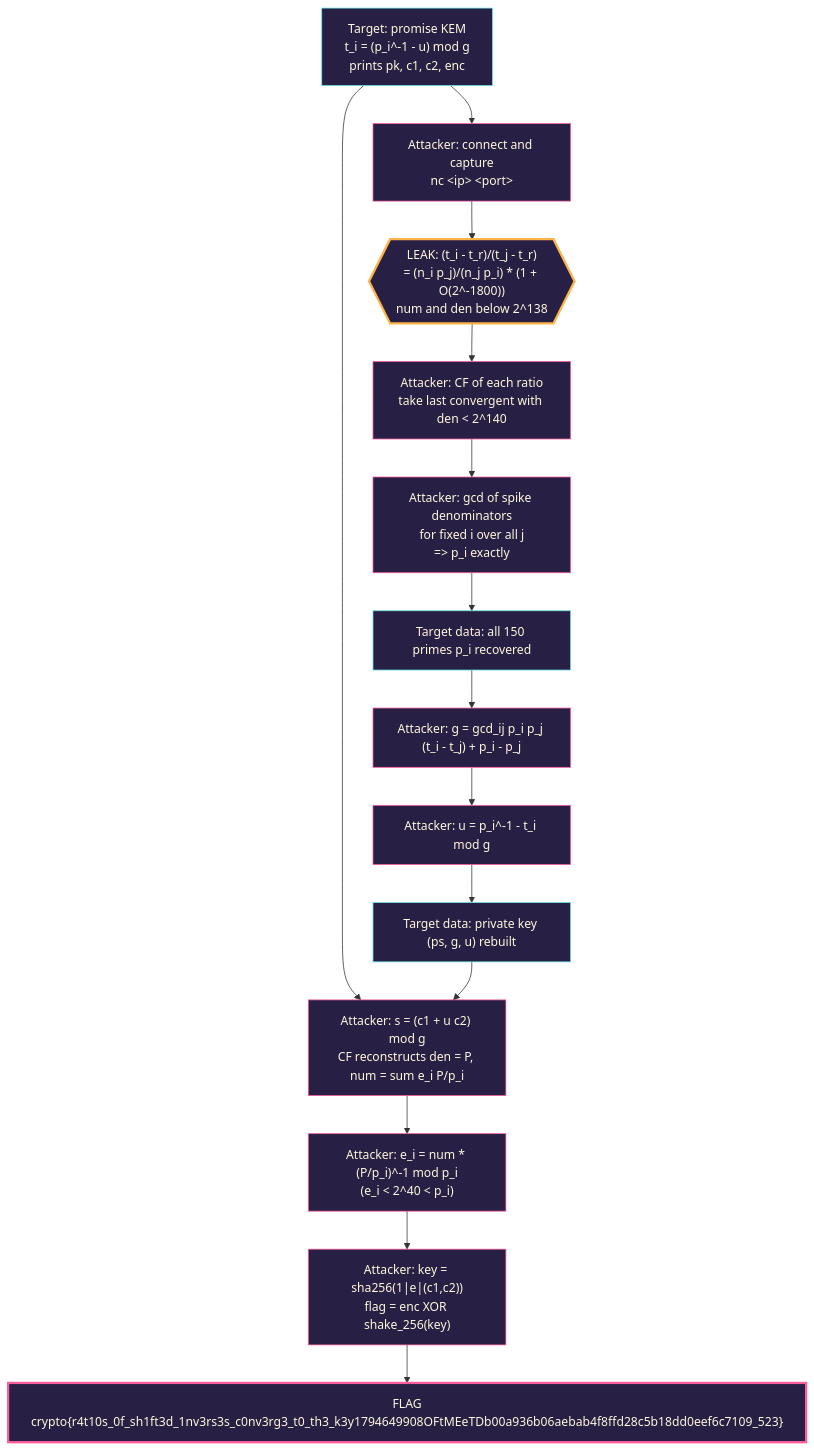
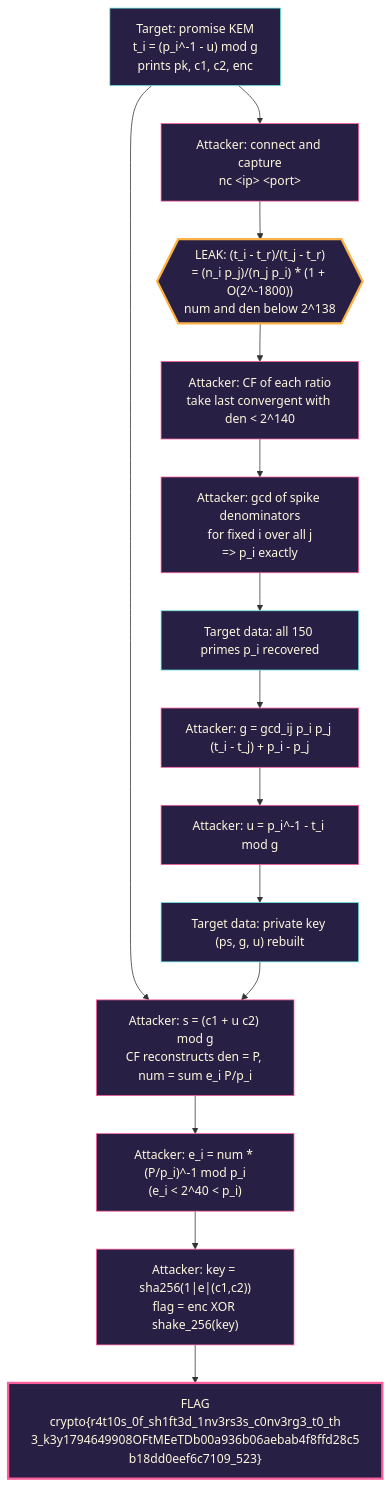
Before and after one commit to Radiant-Blaze/radiant-blaze.github.io: the diagram in content/ctfs/Digital-Pakistan-Red-Team-CTF/promise.md, drawn with Mermaid. The commit also changed 27 other files, not shown here.

````diff
--- a/content/ctfs/Digital-Pakistan-Red-Team-CTF/promise.md
+++ b/content/ctfs/Digital-Pakistan-Red-Team-CTF/promise.md
@@ -46,39 +46,39 @@
 ```mermaid
 flowchart TD
     %% ---------- Target ----------
     T0["Target: promise KEM<br/>t_i = (p_i^-1 - u) mod g<br/>prints pk, c1, c2, enc"]:::target
     A1["Attacker: connect and capture<br/>nc &lt;ip&gt; &lt;port&gt;"]:::attacker
 
     %% ---------- The leak ----------
     V1{{"LEAK: (t_i - t_r)/(t_j - t_r)<br/>= (n_i p_j)/(n_j p_i) * (1 + O(2^-1800))<br/>num and den below 2^138"}}:::vuln
 
     %% ---------- Step 1: primes ----------
     S1["Attacker: CF of each ratio<br/>take last convergent with den < 2^140"]:::attacker
     S2["Attacker: gcd of spike denominators<br/>for fixed i over all j<br/>=> p_i exactly"]:::attacker
     S2r["Target data: all 150 primes p_i recovered"]:::target
 
     %% ---------- Step 2: private key ----------
     S3["Attacker: g = gcd_ij p_i p_j (t_i - t_j) + p_i - p_j"]:::attacker
     S4["Attacker: u = p_i^-1 - t_i mod g"]:::attacker
     S4r["Target data: private key (ps, g, u) rebuilt"]:::target
 
     %% ---------- Step 3: plaintext ----------
     S5["Attacker: s = (c1 + u c2) mod g<br/>CF reconstructs den = P, num = sum e_i P/p_i"]:::attacker
     S6["Attacker: e_i = num * (P/p_i)^-1 mod p_i<br/>(e_i < 2^40 < p_i)"]:::attacker
 
     %% ---------- Step 4: flag ----------
     S7["Attacker: key = sha256(1|e|(c1,c2))<br/>flag = enc XOR shake_256(key)"]:::attacker
-    F["FLAG<br/>crypto{r4t10s_0f_sh1ft3d_1nv3rs3s_c0nv3rg3_t0_th3_k3y1794649908OFtMEeTDb00a936b06aebab4f8ffd28c5b18dd0eef6c7109_523}"]:::flag
+    F["FLAG<br/>crypto{r4t10s_0f_sh1ft3d_1nv3rs3s_c0nv3rg3_t0_th<br/>3_k3y1794649908OFtMEeTDb00a936b06aebab4f8ffd28c5<br/>b18dd0eef6c7109_523}"]:::flag
 
     %% ---------- Edges ----------
     T0 --> A1 --> V1 --> S1 --> S2 --> S2r
     S2r --> S3 --> S4 --> S4r
     T0 --> S5
     S4r --> S5 --> S6 --> S7 --> F
 
     %% ---------- Roles ----------
     classDef target fill:#272044,stroke:#65e7e3,color:#fff7de
     classDef attacker fill:#272044,stroke:#ff5e9d,color:#fff7de
     classDef vuln fill:#272044,stroke:#ffb347,stroke-width:3px,color:#fff7de
     classDef flag fill:#272044,stroke:#ff5e9d,stroke-width:3px,color:#fff7de
 ```
````
